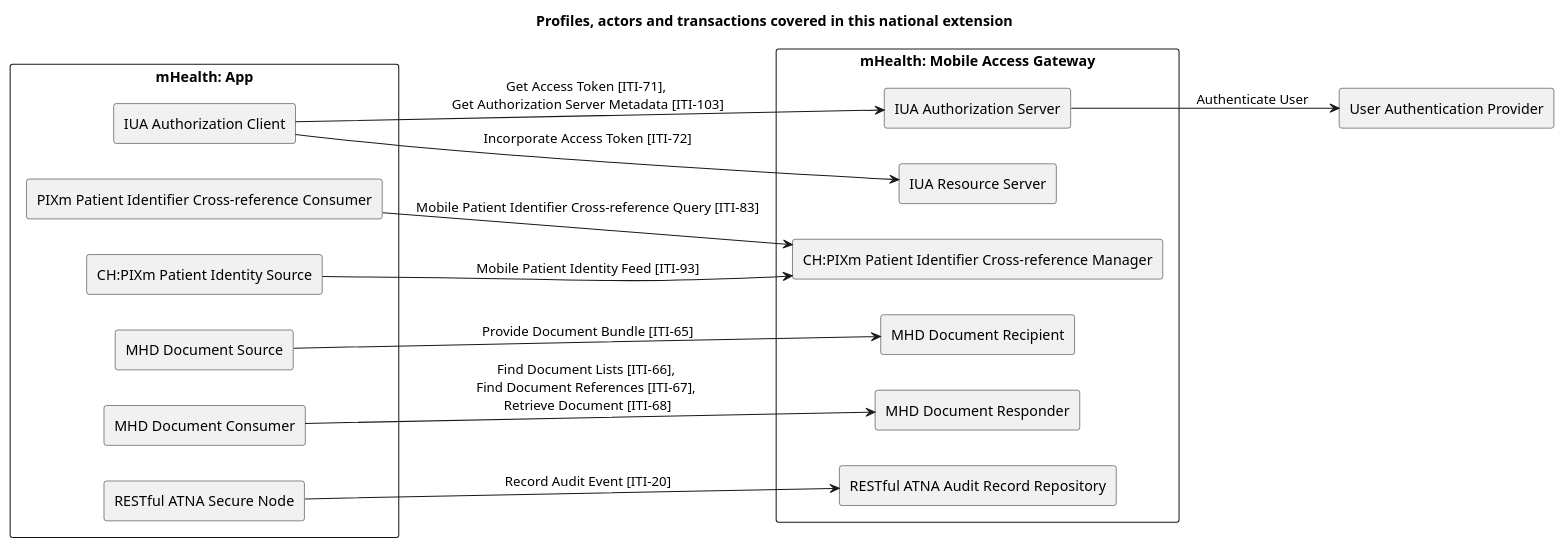
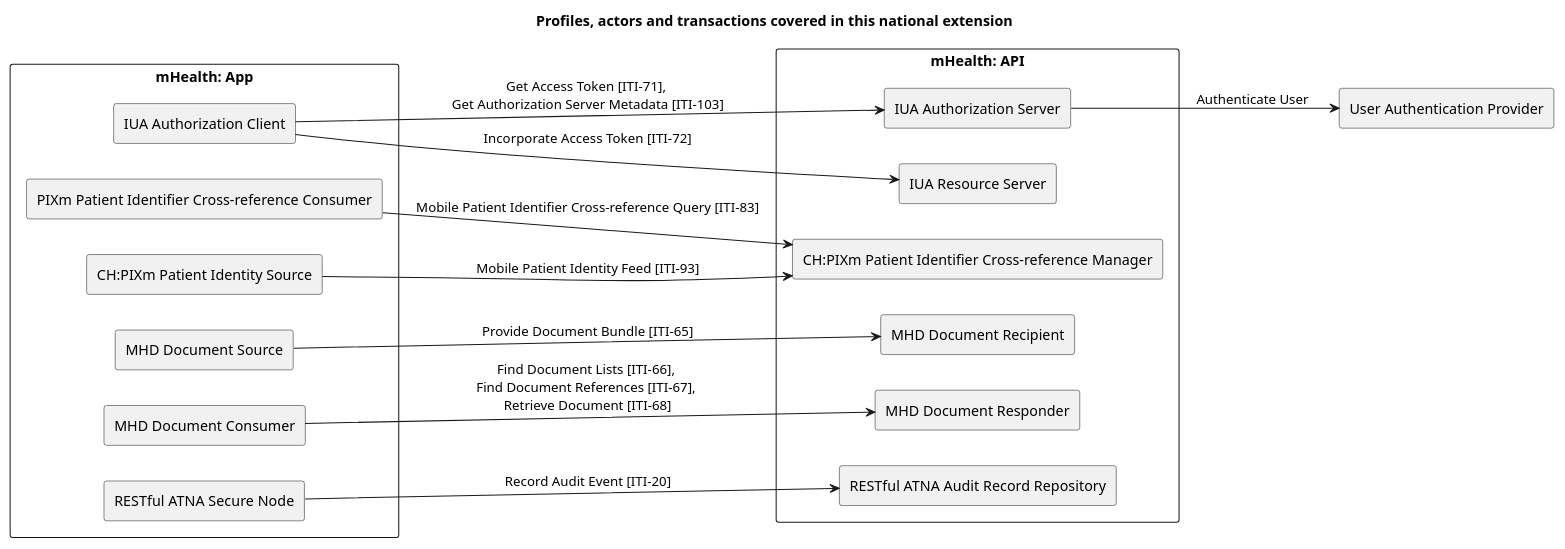
One commit to ehealthsuisse/ch-epr-fhir changed the diagram in input/images-source/overview.plantuml. Above: the diagram before and after it, drawn with PlantUML. The commit also changed 13 other files, not shown here.

```diff
--- a/input/images-source/overview.plantuml
+++ b/input/images-source/overview.plantuml
@@ -1,45 +1,45 @@
 @startuml
 
 title **Profiles, actors and transactions covered in this national extension**
 
 skinparam componentStyle rectangle
 skinparam svgDimensionStyle false
 
 left to right direction
 
 component "mHealth: App" {
   [IUA Authorization Client] as IUAClient
 
   [PIXm Patient Identifier Cross-reference Consumer] as PIXmConsumer
   [CH:PIXm Patient Identity Source] as PIXmSource
 
   [MHD Document Source] as MHDSource
   [MHD Document Consumer] as MHDConsumer
 
   [RESTful ATNA Secure Node] as ATNANode
 }
 
-component "mHealth: Mobile Access Gateway" {
+component "mHealth: API" {
   [IUA Authorization Server] as IUAAuthServer
   IUAClient -> IUAAuthServer : Get Access Token [ITI-71], \nGet Authorization Server Metadata [ITI-103]
   [IUA Resource Server] as IUAResourceServer
   IUAClient --> IUAResourceServer : Incorporate Access Token [ITI-72]
 
   [CH:PIXm Patient Identifier Cross-reference Manager] as PIXmManager
   PIXmConsumer --> PIXmManager : Mobile Patient Identifier Cross-reference Query [ITI-83]
   PIXmSource --> PIXmManager : Mobile Patient Identity Feed [ITI-93]
 
   [MHD Document Recipient] as MHDRecipient
   MHDSource --> MHDRecipient : Provide Document Bundle [ITI-65]
 
   [MHD Document Responder] as MHDResponder
   MHDConsumer --> MHDResponder : Find Document Lists [ITI-66], \nFind Document References [ITI-67], \nRetrieve Document [ITI-68] 
 
   [RESTful ATNA Audit Record Repository] as ATNARepository
   ATNANode --> ATNARepository : Record Audit Event [ITI-20]
 }
 
 [User Authentication Provider] as UAProvider
 IUAAuthServer --> UAProvider : Authenticate User
 
 @enduml
```
